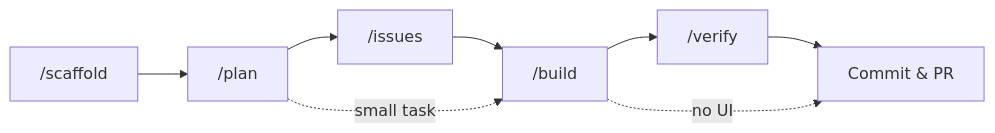
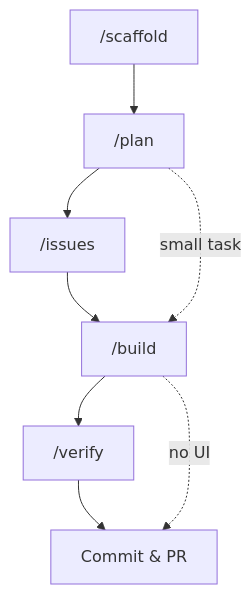
One commit to jamesfdavis/dotfiles changed the diagram in obsidian/README.md. Above: the diagram before and after it, drawn with Mermaid. The commit also changed 3 other files, not shown here.

````diff
--- a/obsidian/README.md
+++ b/obsidian/README.md
@@ -18,11 +18,11 @@
 ```mermaid
-graph LR
+graph TD
     S["/scaffold"] --> P["/plan"]
     P --> I["/issues"]
     I --> B["/build"]
     B --> V["/verify"]
     V --> C["Commit & PR"]
 
     P -.->|small task| B
     B -.->|no UI| C
 ```
````
